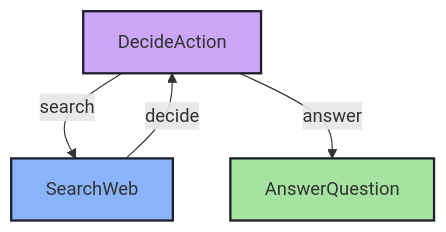
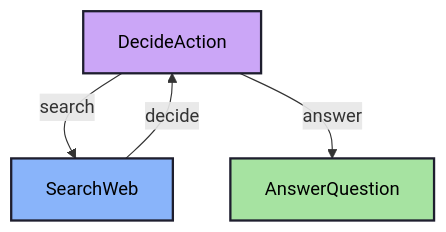
One commit to mark3labs/flyt changed the diagram in cookbook/agent/README.md. Above: the diagram before and after it, drawn with Mermaid. The commit also changed 1 other file, not shown here.

````diff
--- a/cookbook/agent/README.md
+++ b/cookbook/agent/README.md
@@ -15,10 +15,10 @@
 ```mermaid
 graph TD
     A[DecideAction] -->|search| B[SearchWeb]
     A -->|answer| C[AnswerQuestion]
     B -->|decide| A
     
-    style A fill:#cba6f7,stroke:#1e1e2e,stroke-width:2px
-    style B fill:#89b4fa,stroke:#1e1e2e,stroke-width:2px
-    style C fill:#a6e3a1,stroke:#1e1e2e,stroke-width:2px
+    style A fill:#cba6f7,stroke:#1e1e2e,stroke-width:2px,color:#000
+    style B fill:#89b4fa,stroke:#1e1e2e,stroke-width:2px,color:#000
+    style C fill:#a6e3a1,stroke:#1e1e2e,stroke-width:2px,color:#000
 ```
````
